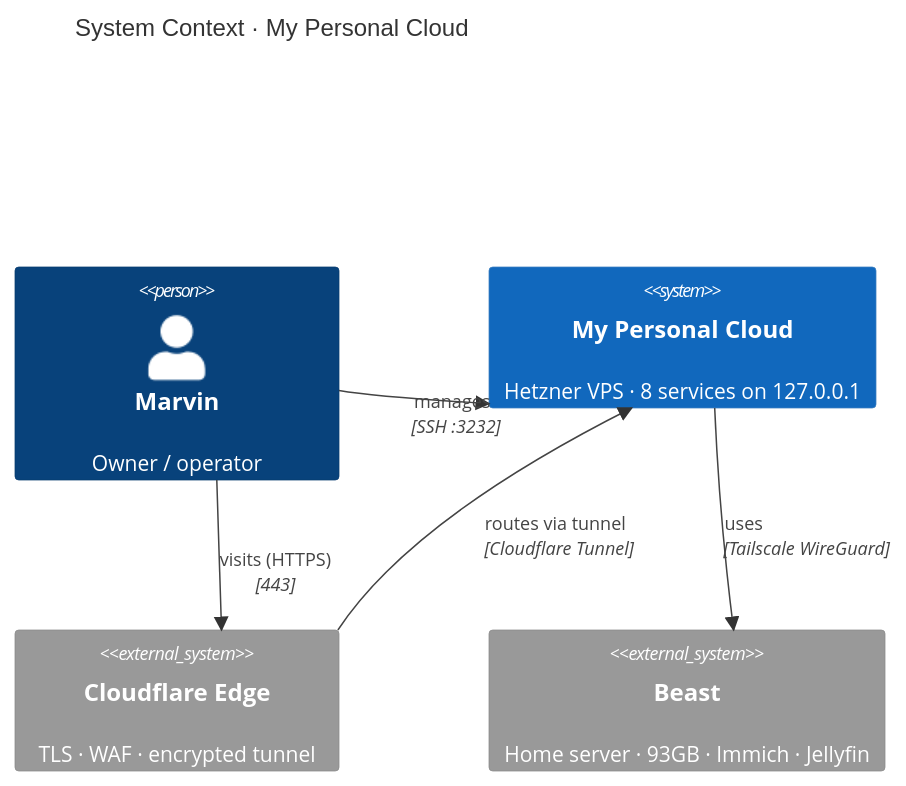
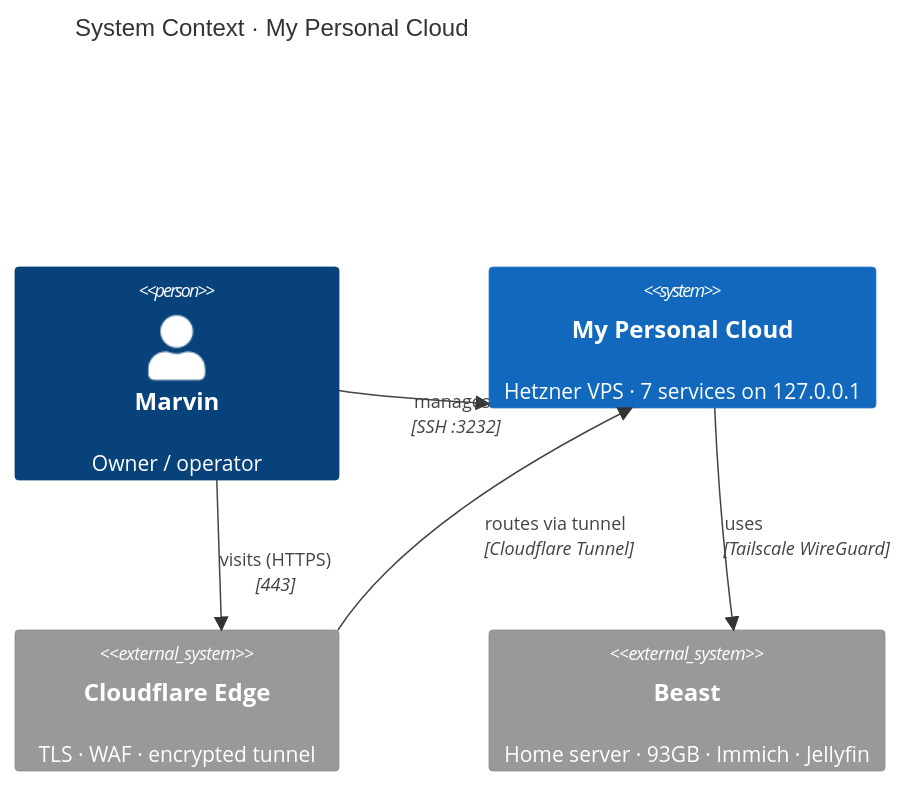
Before and after one commit to M4Marvin/main-site: the diagram in diagrams/self-hosted/infra-context.mmd, drawn with Mermaid. The commit also changed 3 other files, not shown here.

```diff
--- a/diagrams/self-hosted/infra-context.mmd
+++ b/diagrams/self-hosted/infra-context.mmd
@@ -1,16 +1,16 @@
 C4Context
     title System Context · My Personal Cloud
 
     Person(marvin, "Marvin", "Owner / operator")
 
-    System(cloud, "My Personal Cloud", "Hetzner VPS · 8 services on 127.0.0.1")
+    System(cloud, "My Personal Cloud", "Hetzner VPS · 7 services on 127.0.0.1")
 
     System_Ext(edge, "Cloudflare Edge", "TLS · WAF · encrypted tunnel")
     System_Ext(beast, "Beast", "Home server · 93GB · Immich · Jellyfin")
 
     Rel(marvin, edge, "visits (HTTPS)", "443")
     Rel(marvin, cloud, "manages", "SSH :3232")
     Rel(edge, cloud, "routes via tunnel", "Cloudflare Tunnel")
     Rel(cloud, beast, "uses", "Tailscale WireGuard")
 
     UpdateLayoutConfig($c4ShapeInRow="3", $c4BoundaryInRow="1")
```
